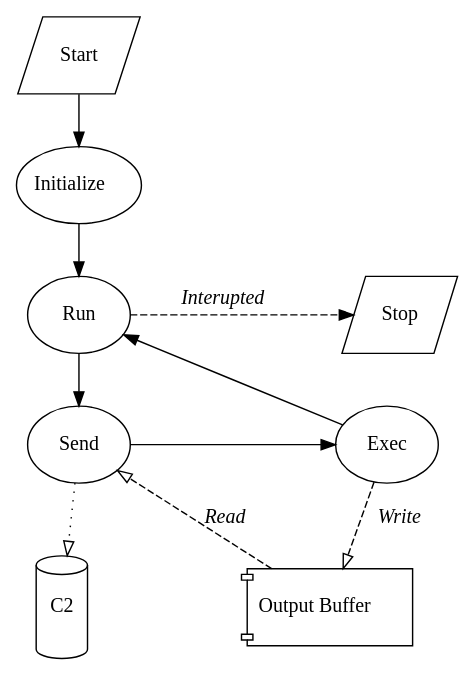
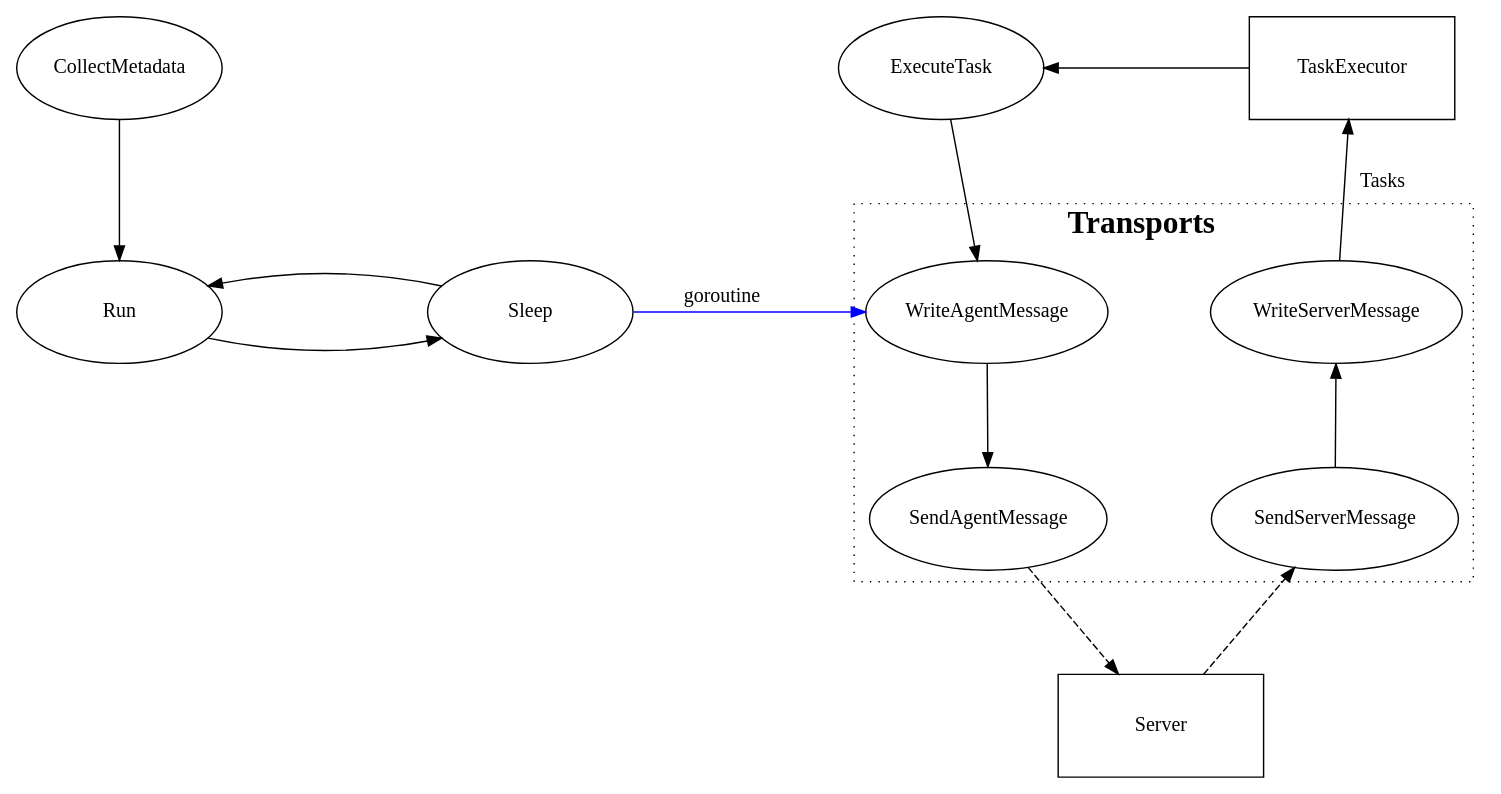
Before and after one commit to KCarretto/paragon: the diagram in .github/images/agent/exec_flow.dot, drawn with Graphviz. The commit also changed 1 other file, not shown here.

Commit message:
Updated agent execution diagram

```diff
--- a/.github/images/agent/exec_flow.dot
+++ b/.github/images/agent/exec_flow.dot
@@ -1,35 +1,66 @@
 digraph execFlow {
+    ranksep=1
     nodesep=1
+    node [width=2 height=1]
+    compound=true
+    newrank=true
+    // rankdir="LR"
 
-    node [width=1 height=.75]
+    /*
+     * Processes
+     */
+    CollectMetadata
+    {rank=same
+        Run
+        Sleep [label=<Sleep>]
+    }
+    ExecuteTask
 
-    Start [label=<Start> shape=parallelogram]
+    /*
+     * Components
+     */
+    subgraph cluster_transports {
+        label=<<FONT POINT-SIZE="22"><B>Transports</B></FONT>>
+        style=dotted
 
-    C2 [shape=cylinder height=1 width=.5]
-    Buffer [shape=component label=<Output Buffer>]
+        {rank=same
+        WriteAgentMessage
+        WriteServerMessage
+        }
 
+        {rank=same
+        SendAgentMessage
+        SendServerMessage
+        }
 
-    Init [label=<Initialize>]
-    {rank=same
-        Run [label=<Run>]
-        Stop [label=<Stop> shape=parallelogram]
     }
+    Server [shape=rect]
 
     {rank=same
-        Exec [label=<Exec>]
-        Send [label=<Send>]
+        ExecuteTask
+        TaskExecutor [shape=rect]
     }
 
 
-    Start -> Init -> Run
-    Run -> Stop [label=<<I>Interupted</I>> style=dashed]
+    /*
+     * Flow
+     */
+    CollectMetadata -> Run
 
-    Run -> Send
-    Buffer -> Send [label=<<I>Read</I>> style=dashed arrowhead=empty]
+    // Idle Loop
+    Run -> Sleep
+    Run -> Sleep [dir=back]
+    Sleep -> WriteAgentMessage [label=<goroutine     > color=blue constraint=false]
+    WriteAgentMessage -> SendAgentMessage
 
-    Send -> Exec
-    Send -> C2 [style=dotted arrowhead=empty]
-    Exec -> Buffer [label=<<I>    Write</I>> style=dashed arrowhead=empty]
+    // Transports
+    SendAgentMessage -> Server [style=dashed]
+    Server -> SendServerMessage [style=dashed]
+    SendServerMessage -> WriteServerMessage
 
-    Run -> Exec [dir=back constraint=false]
+    // Task Execution
+    WriteServerMessage -> TaskExecutor  [label=<    Tasks> ]
+    TaskExecutor  -> ExecuteTask [constraint=false]
+    // WriteAgentMessage -> ExecuteTask [dir=back]
+    ExecuteTask -> WriteAgentMessage
 }
```
